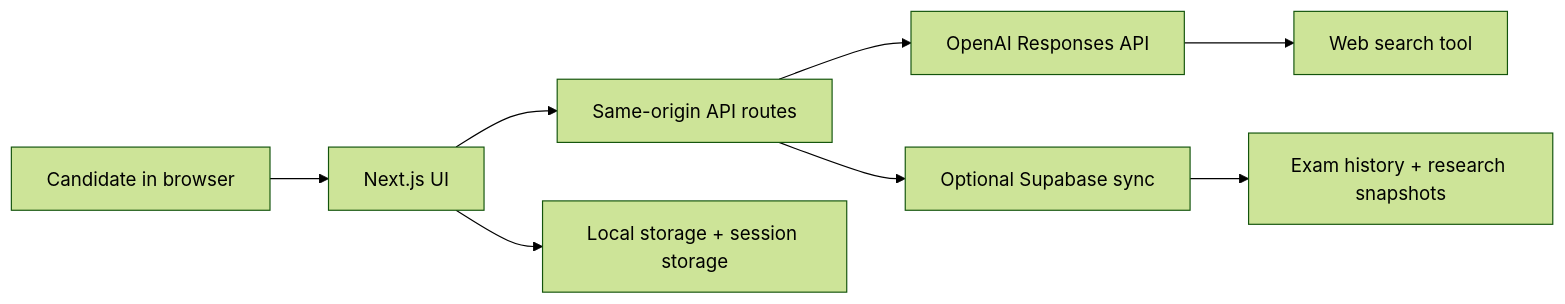
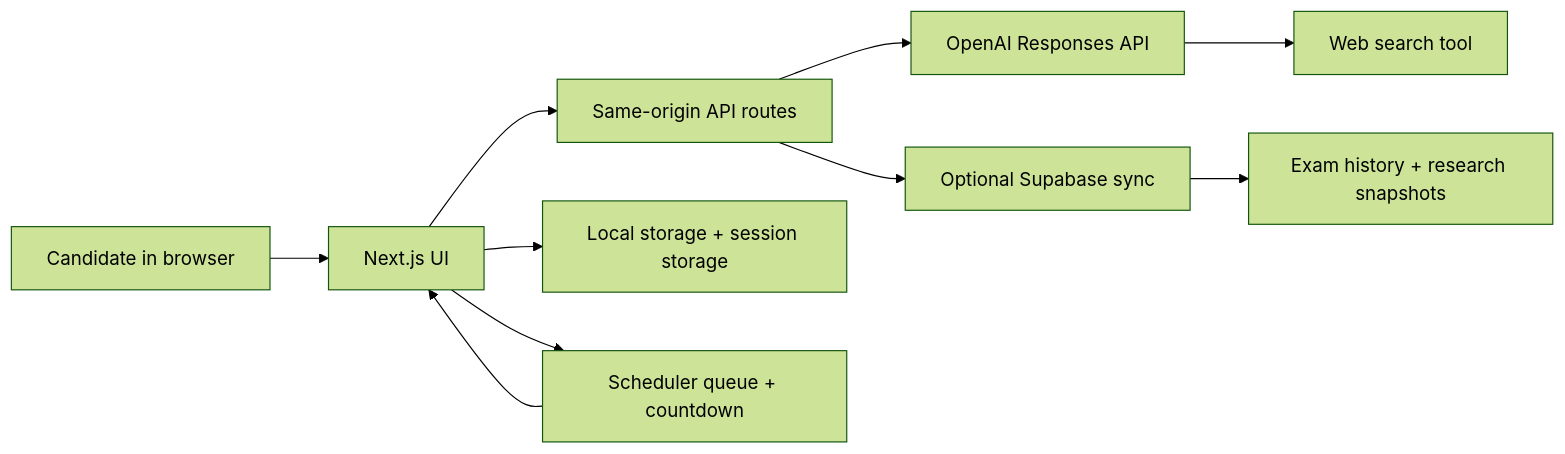
Before and after one commit to MrAkashKumar/PulseTest-AI: the diagram in README.md, drawn with Mermaid (forest theme). The commit also changed other lines of this file and 20 other files, not shown here.

````diff
--- a/README.md
+++ b/README.md
@@ -130,10 +314,12 @@
 ```mermaid
 flowchart LR
     A["Candidate in browser"] --> B["Next.js UI"]
     B --> C["Same-origin API routes"]
     B --> D["Local storage + session storage"]
+    B --> I["Scheduler queue + countdown"]
+    I --> B
     C --> E["OpenAI Responses API"]
     E --> F["Web search tool"]
     C --> G["Optional Supabase sync"]
     G --> H["Exam history + research snapshots"]
 ```
````
